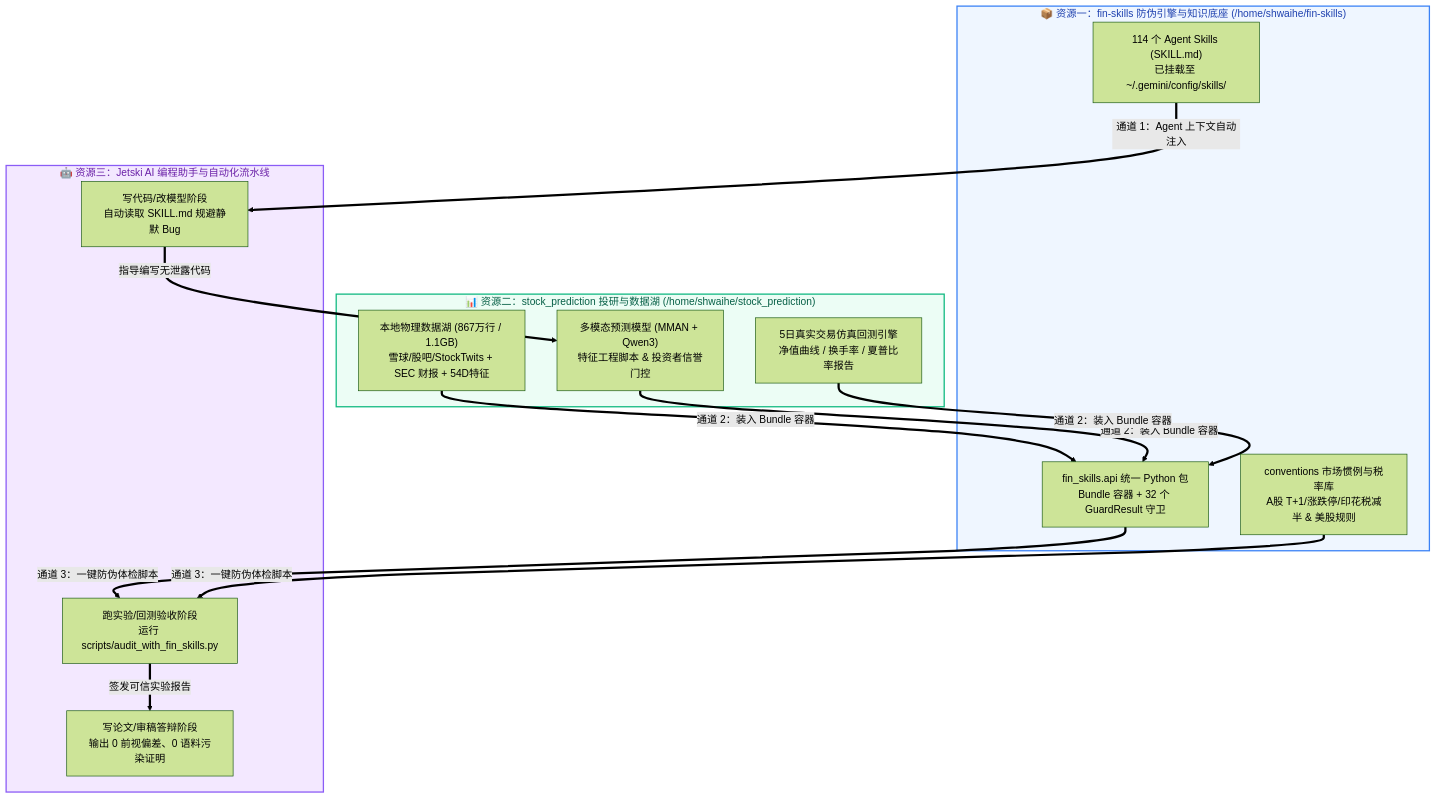
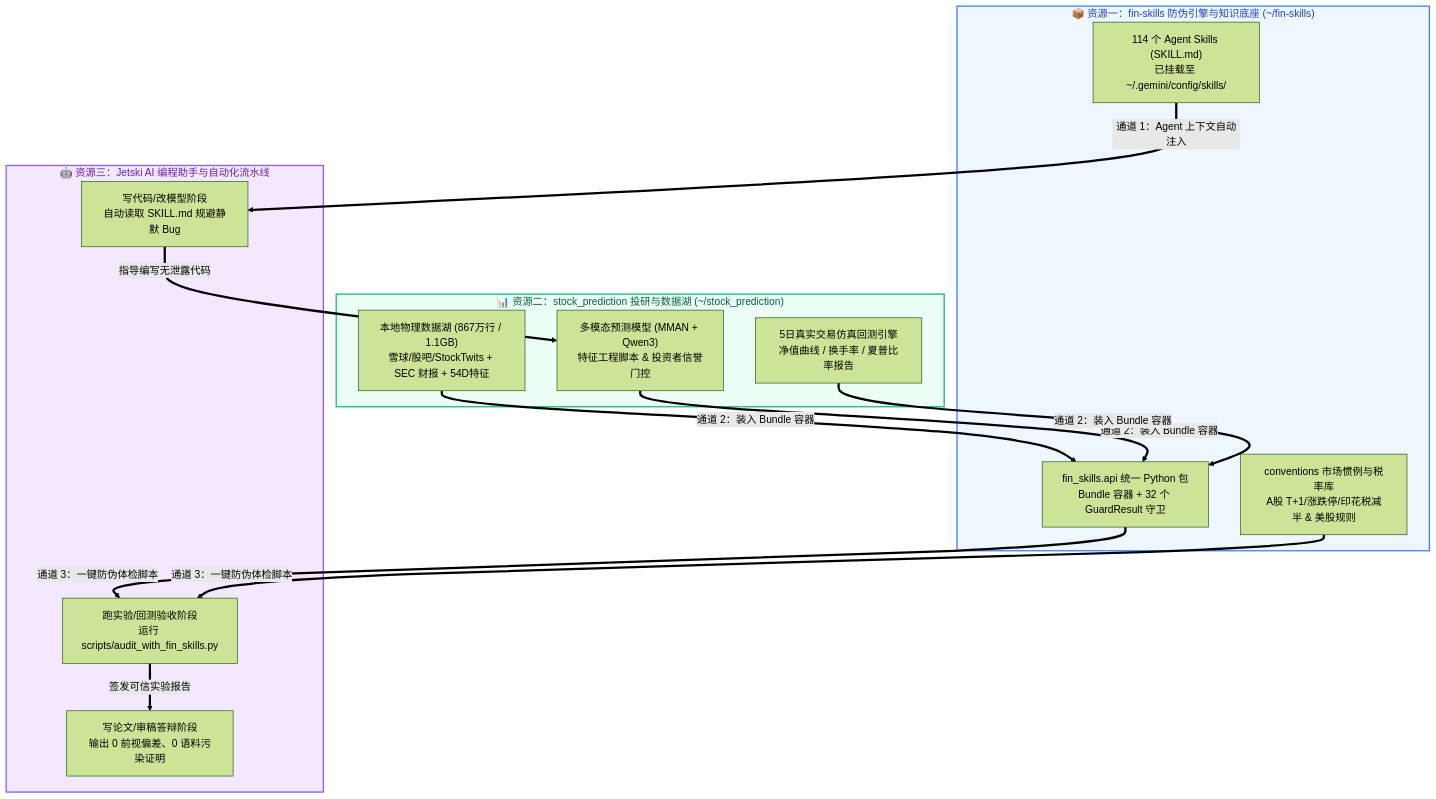
One commit to howard-lynn-ye/fin-skills changed the diagram in USER_MANUAL_ZH.md. Above: the diagram before and after it, drawn with Mermaid (forest theme). The commit also changed other lines of this file and 32 other files, not shown here.

````diff
--- a/USER_MANUAL_ZH.md
+++ b/USER_MANUAL_ZH.md
@@ -17,30 +17,30 @@
 ```mermaid
 flowchart TD
-    subgraph R1 ["📦 资源一：fin-skills 防伪引擎与知识底座 (/home/shwaihe/fin-skills)"]
+    subgraph R1 ["📦 资源一：fin-skills 防伪引擎与知识底座 (~/fin-skills)"]
         S1["114 个 Agent Skills (SKILL.md)<br/>已挂载至 ~/.gemini/config/skills/"]
         S2["fin_skills.api 统一 Python 包<br/>Bundle 容器 + 32 个 GuardResult 守卫"]
         S3["conventions 市场惯例与税率库<br/>A股 T+1/涨跌停/印花税减半 & 美股规则"]
     end
 
-    subgraph R2 ["📊 资源二：stock_prediction 投研与数据湖 (/home/shwaihe/stock_prediction)"]
+    subgraph R2 ["📊 资源二：stock_prediction 投研与数据湖 (~/stock_prediction)"]
         D1["本地物理数据湖 (867万行 / 1.1GB)<br/>雪球/股吧/StockTwits + SEC 财报 + 54D特征"]
         D2["多模态预测模型 (MMAN + Qwen3)<br/>特征工程脚本 & 投资者信誉门控"]
         D3["5日真实交易仿真回测引擎<br/>净值曲线 / 换手率 / 夏普比率报告"]
     end
 
     subgraph R3 ["🤖 资源三：Jetski AI 编程助手与自动化流水线"]
         A1["写代码/改模型阶段<br/>自动读取 SKILL.md 规避静默 Bug"]
         A2["跑实验/回测验收阶段<br/>运行 scripts/audit_with_fin_skills.py"]
         A3["写论文/审稿答辩阶段<br/>输出 0 前视偏差、0 语料污染证明"]
     end
 
     S1 ==>|通道 1：Agent 上下文自动注入| A1
     A1 ==>|指导编写无泄露代码| D2
     D1 & D2 & D3 ==>|通道 2：装入 Bundle 容器| S2
     S2 & S3 ==>|通道 3：一键防伪体检脚本| A2
     A2 ==>|签发可信实验报告| A3
 
     style R1 fill:#eff6ff,stroke:#3b82f6,stroke-width:2px,color:#1e40af
     style R2 fill:#ecfdf5,stroke:#10b981,stroke-width:2px,color:#065f46
     style R3 fill:#f3e8ff,stroke:#8b5cf6,stroke-width:2px,color:#6b21a8
 ```
````
